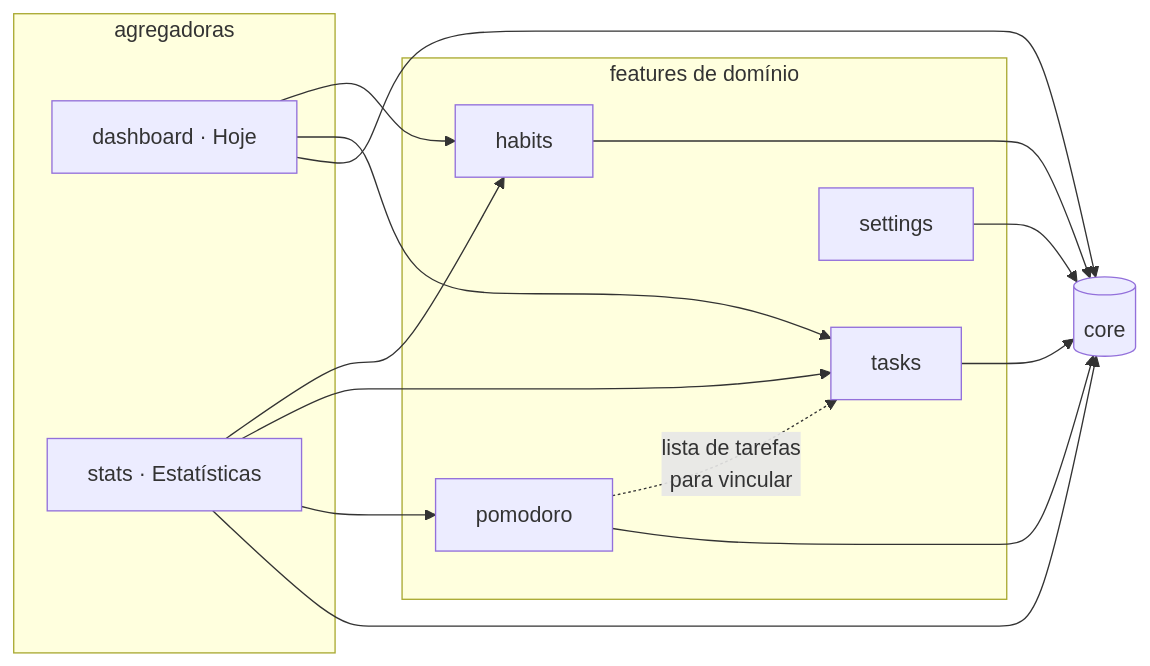
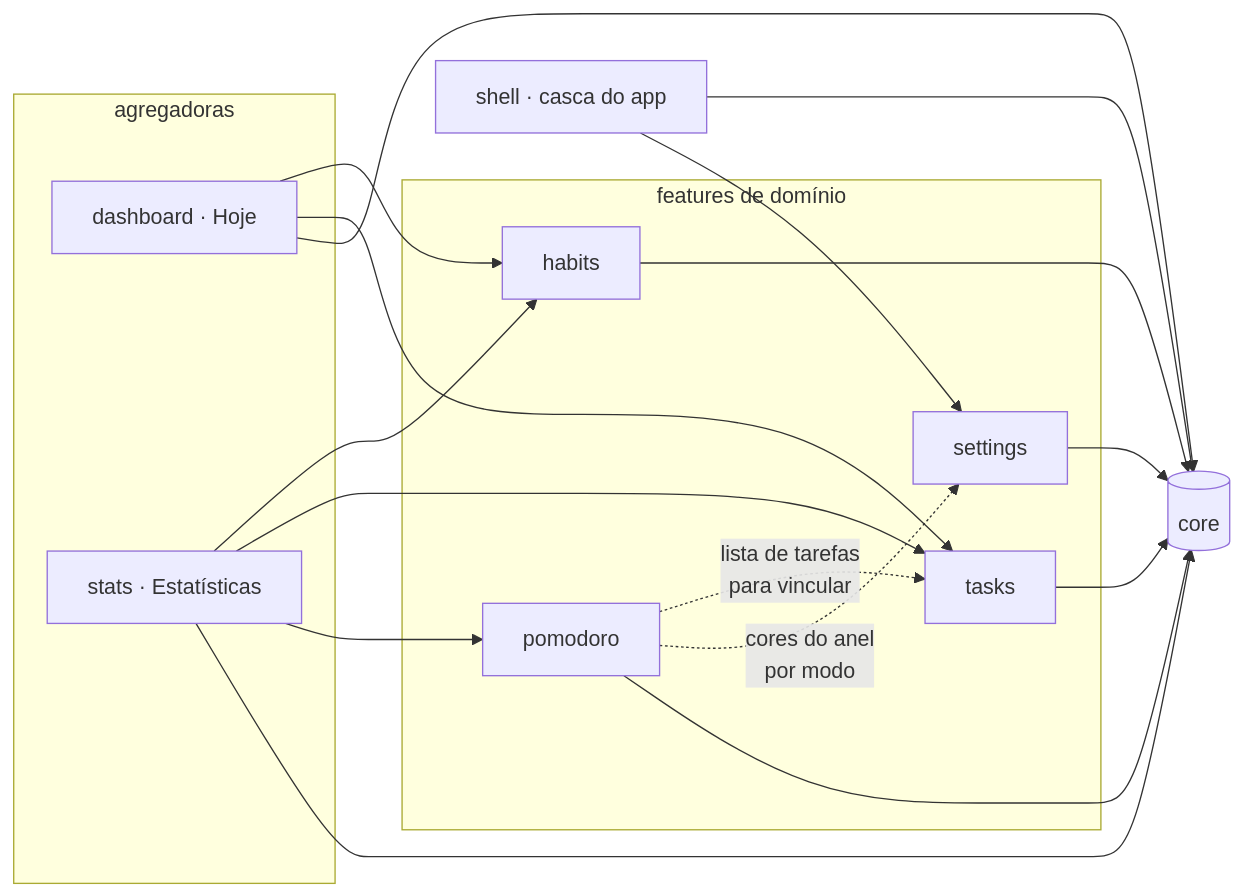
One commit to Rick-Henrique7/Daily-Flow changed the first of 2 diagrams in docs/arquitetura.md. Above: the diagram before and after it, drawn with Mermaid. The commit also changed other lines of this file and 16 other files, not shown here.

````diff
--- a/docs/arquitetura.md
+++ b/docs/arquitetura.md
@@ -56,27 +57,30 @@
 ```mermaid
 flowchart LR
   subgraph agregadoras
     dashboard[dashboard · Hoje]
     stats[stats · Estatísticas]
   end
   subgraph dominio[features de domínio]
     habits[habits]
     tasks[tasks]
     pomodoro[pomodoro]
     settings[settings]
   end
   core[(core)]
 
   dashboard --> habits
   dashboard --> tasks
   stats --> habits
   stats --> tasks
   stats --> pomodoro
   pomodoro -. "lista de tarefas<br/>para vincular" .-> tasks
+  pomodoro -. "cores do anel<br/>por modo" .-> settings
+  shell[shell · casca do app] --> settings
+  shell --> core
   habits --> core
   tasks --> core
   pomodoro --> core
   settings --> core
   dashboard --> core
   stats --> core
 ```
````
